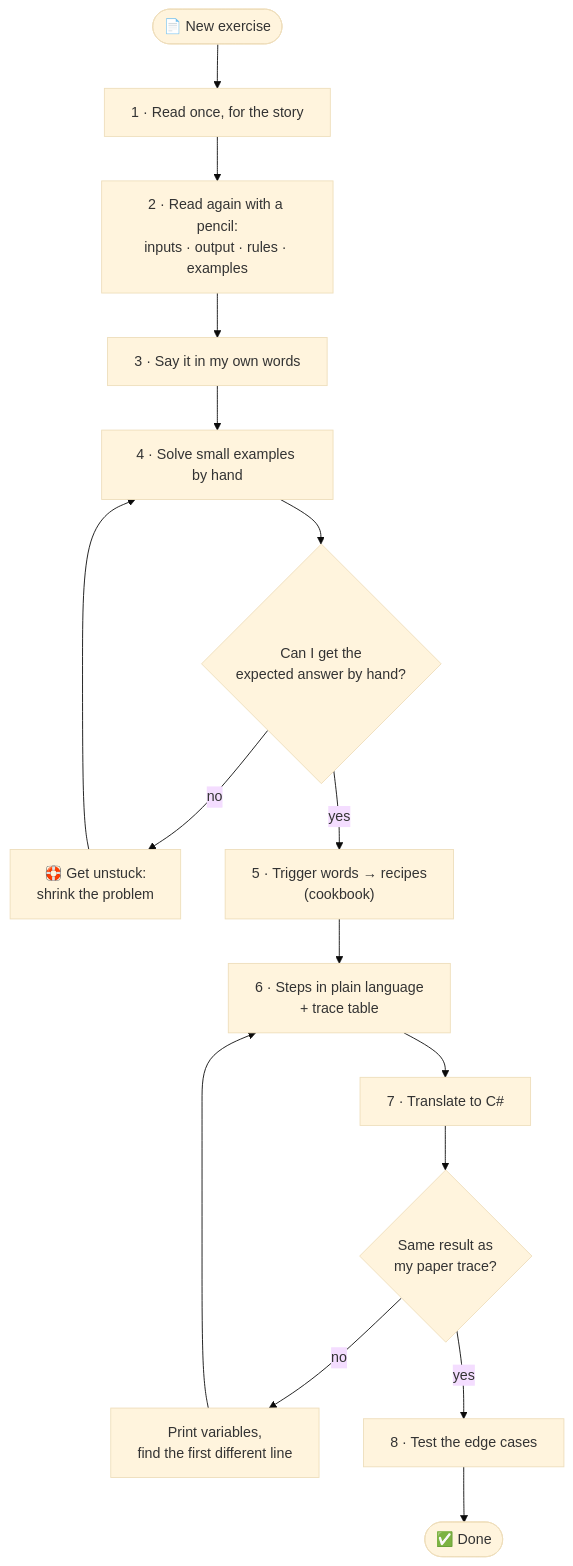
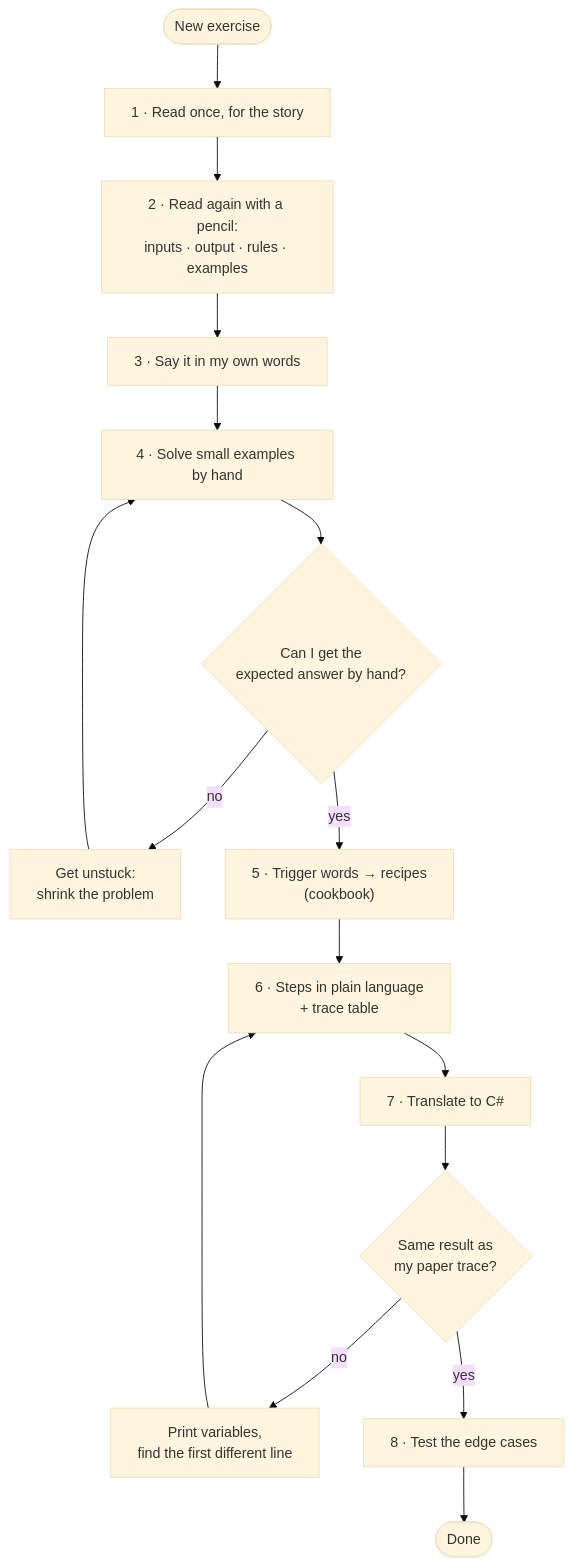
One commit to lfarci/csharp-programming-fundamentals changed the first of 2 diagrams in docs/reading-an-exercise.md. Above: the diagram before and after it, drawn with Mermaid (base theme). The commit also changed other lines of this file and 242 other files, not shown here.

````diff
--- a/docs/reading-an-exercise.md
+++ b/docs/reading-an-exercise.md
@@ -12,17 +12,17 @@
 ```mermaid
 flowchart TD
     accTitle: Reading an exercise
     accDescr: Steps: 1 read once for the story. 2 read again with a pencil for inputs, output, rules and examples. 3 say it in your own words. 4 solve small examples by hand; if you cannot, shrink the problem and try again. 5 find trigger words and recipes. 6 write steps in plain language and a trace table. 7 translate to C#; if the result differs from the paper trace, print variables and find the first different line. 8 test the edge cases. Done.
-    S(["📄 New exercise"]) --> R1["1 · Read once, for the story"]
+    S(["New exercise"]) --> R1["1 · Read once, for the story"]
     R1 --> R2["2 · Read again with a pencil:<br/>inputs · output · rules · examples"]
     R2 --> W["3 · Say it in my own words"]
     W --> H["4 · Solve small examples by hand"]
     H --> Q{"Can I get the<br/>expected answer by hand?"}
-    Q -- no --> U["🛟 Get unstuck:<br/>shrink the problem"] --> H
+    Q -- no --> U["Get unstuck:<br/>shrink the problem"] --> H
     Q -- yes --> T["5 · Trigger words → recipes<br/>(cookbook)"]
     T --> P["6 · Steps in plain language<br/>+ trace table"]
     P --> C["7 · Translate to C#"]
     C --> X{"Same result as<br/>my paper trace?"}
     X -- no --> D["Print variables,<br/>find the first different line"] --> P
-    X -- yes --> E["8 · Test the edge cases"] --> F(["✅ Done"])
+    X -- yes --> E["8 · Test the edge cases"] --> F(["Done"])
 ```
````
